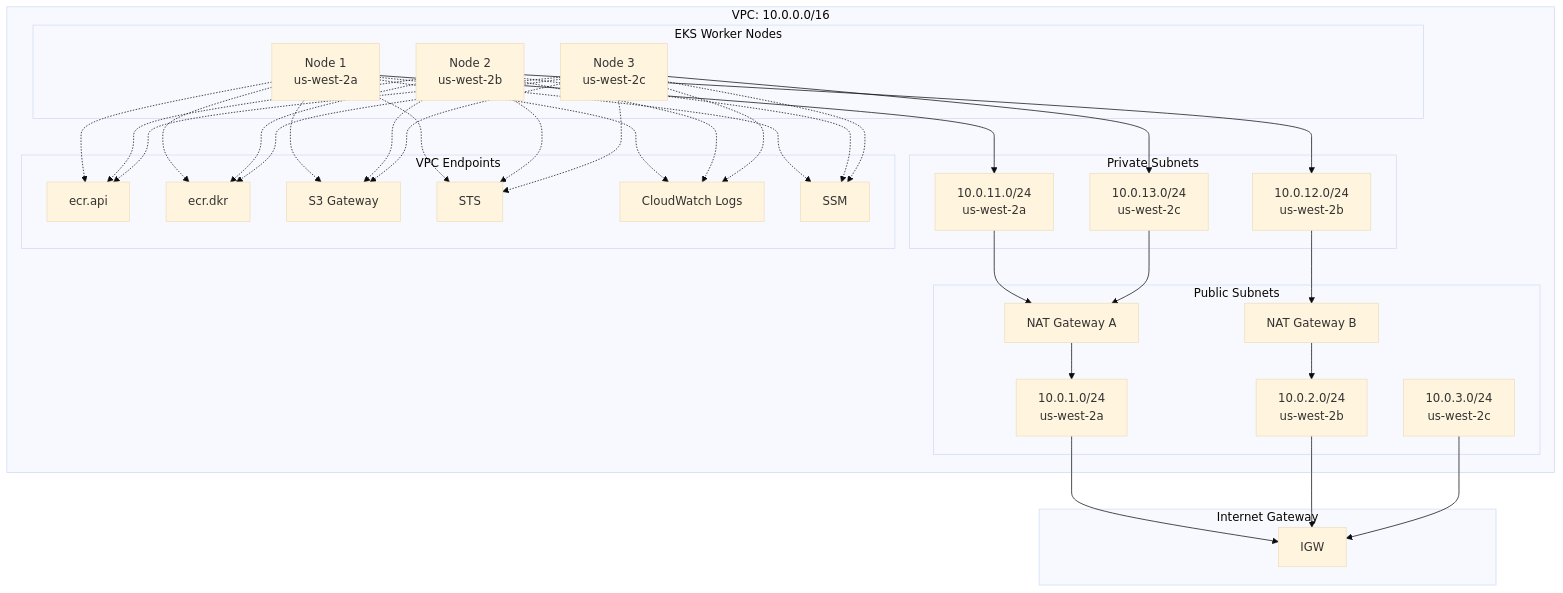
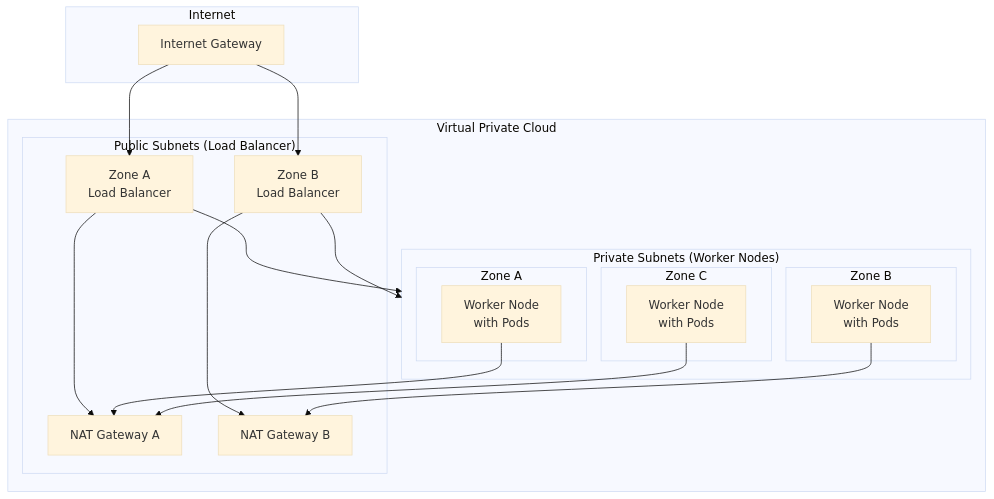
The fourth of 8 diagrams in diagrams/eks-architecture.md (aldea-ai/infrastructure-docs), drawn with Mermaid (base theme) before and after one commit. The commit also changed other lines of this file and 3 other files, not shown here.

First line of the commit message:
Simplify diagrams for layman readability

````diff
--- a/diagrams/eks-architecture.md
+++ b/diagrams/eks-architecture.md
@@ -124,44 +134,36 @@
 ```mermaid
 flowchart TB
-    subgraph VPC["VPC: 10.0.0.0/16"]
-        subgraph PublicSubnets["Public Subnets"]
-            PUB_A[10.0.1.0/24<br/>us-west-2a]
-            PUB_B[10.0.2.0/24<br/>us-west-2b]
-            PUB_C[10.0.3.0/24<br/>us-west-2c]
+    subgraph Internet
+        IGW[Internet Gateway]
+    end
+
+    subgraph VPC["Virtual Private Cloud"]
+        subgraph Public["Public Subnets (Load Balancer)"]
+            PUB_A[Zone A<br/>Load Balancer]
+            PUB_B[Zone B<br/>Load Balancer]
             NAT_A[NAT Gateway A]
             NAT_B[NAT Gateway B]
         end
 
-        subgraph PrivateSubnets["Private Subnets"]
-            PRIV_A[10.0.11.0/24<br/>us-west-2a]
-            PRIV_B[10.0.12.0/24<br/>us-west-2b]
-            PRIV_C[10.0.13.0/24<br/>us-west-2c]
-        end
-
-        subgraph Workers["EKS Worker Nodes"]
-            NODE1[Node 1<br/>us-west-2a]
-            NODE2[Node 2<br/>us-west-2b]
-            NODE3[Node 3<br/>us-west-2c]
-        end
-
-        subgraph VPCEndpoints["VPC Endpoints"]
-            EP_ECR_API[ecr.api]
-            EP_ECR_DKR[ecr.dkr]
-            EP_S3[S3 Gateway]
-            EP_STS[STS]
-            EP_LOGS[CloudWatch Logs]
-            EP_SSM[SSM]
+        subgraph Private["Private Subnets (Worker Nodes)"]
+            subgraph PrivA["Zone A"]
+                NODE_A[Worker Node<br/>with Pods]
+            end
+            subgraph PrivB["Zone B"]
+                NODE_B[Worker Node<br/>with Pods]
+            end
+            subgraph PrivC["Zone C"]
+                NODE_C[Worker Node<br/>with Pods]
+            end
         end
     end
 
-    subgraph IGW["Internet Gateway"]
-        IG[IGW]
-    end
+    IGW --> PUB_A & PUB_B
+    PUB_A --> NAT_A
+    PUB_B --> NAT_B
+    NODE_A --> NAT_A
+    NODE_B --> NAT_B
+    NODE_C --> NAT_A
 
-    PUB_A & PUB_B & PUB_C --> IG
-    NODE1 --> PRIV_A --> NAT_A --> PUB_A
-    NODE2 --> PRIV_B --> NAT_B --> PUB_B
-    NODE3 --> PRIV_C --> NAT_A
-
-    NODE1 & NODE2 & NODE3 -.-> EP_ECR_API & EP_ECR_DKR & EP_S3 & EP_STS & EP_LOGS & EP_SSM
+    PUB_A & PUB_B --> Private
 ```
````
